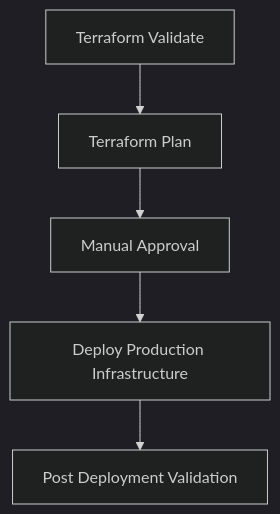
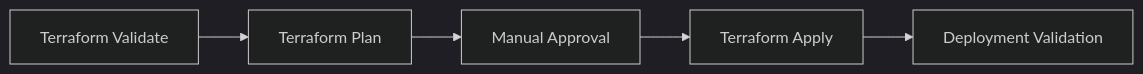
Before and after one commit to gitihubintelegain/motwane-ad: the third of 3 diagrams in README.md, drawn with Mermaid (dark theme). The commit also changed other lines of this file, not shown here.

````diff
--- a/README.md
+++ b/README.md
@@ -219,12 +190,12 @@
 ```mermaid
-flowchart TD
+flowchart LR
 
 A[Terraform Validate]
 --> B[Terraform Plan]
 
 B --> C[Manual Approval]
 
-C --> D[Deploy Production Infrastructure]
+C --> D[Terraform Apply]
 
-D --> E[Post Deployment Validation]
+D --> E[Deployment Validation]
 ```
````
